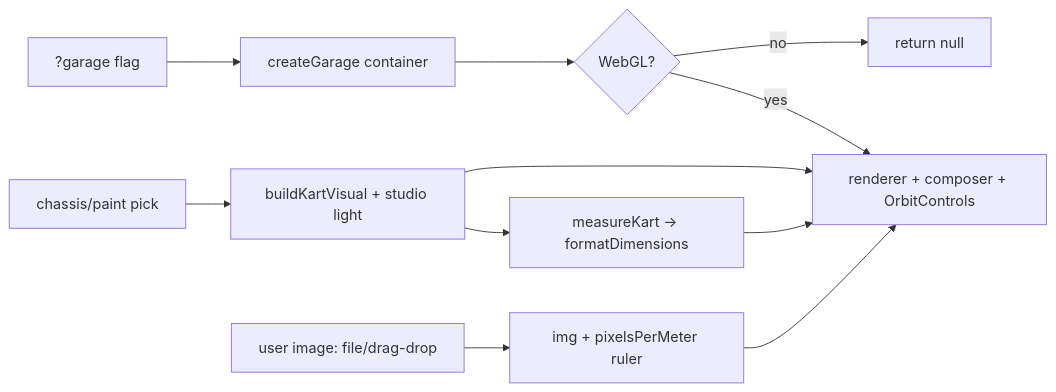
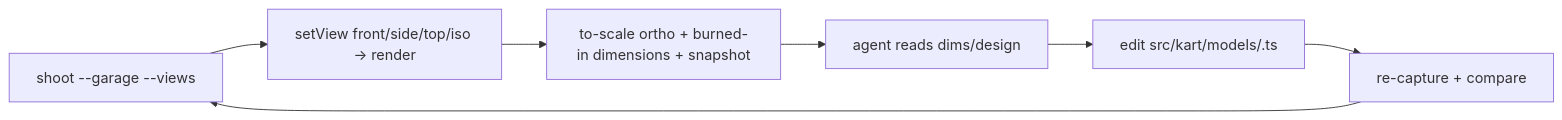
One commit to jjgroenendijk/cart-game changed the diagram in src/dev/AGENTS.md. Above: the diagram before and after it, drawn with Mermaid. The commit also changed other lines of this file and 7 other files, not shown here.

First line of the commit message:
feat(dev): agent-drivable garage — ortho views + dimension overlay

````diff
--- a/src/dev/AGENTS.md
+++ b/src/dev/AGENTS.md
@@ -18,13 +22,9 @@
 ```mermaid
 flowchart LR
-  flag[?garage flag] --> create[createGarage container]
-  create --> guard{WebGL?}
-  guard -- no --> null[return null]
-  guard -- yes --> view[renderer + composer + OrbitControls]
-  pick[chassis/paint pick] --> rebuild[buildKartVisual + studio light]
-  rebuild --> measure[measureKart -> formatDimensions]
-  ref[user image: file/drag-drop] --> overlay[img + pixelsPerMeter ruler]
-  rebuild --> view
-  measure --> view
-  overlay --> view
+  shoot[shoot --garage --views] --> cap[setView front/side/top/iso -> render]
+  cap --> overlay[to-scale ortho + burned-in dimensions + snapshot]
+  overlay --> read[agent reads dims/design]
+  read --> edit[edit src/kart/models/<variant>.ts]
+  edit --> reshoot[re-capture + compare]
+  reshoot --> shoot
 ```
````
